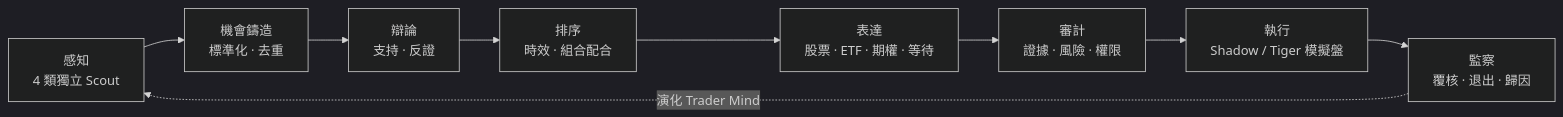
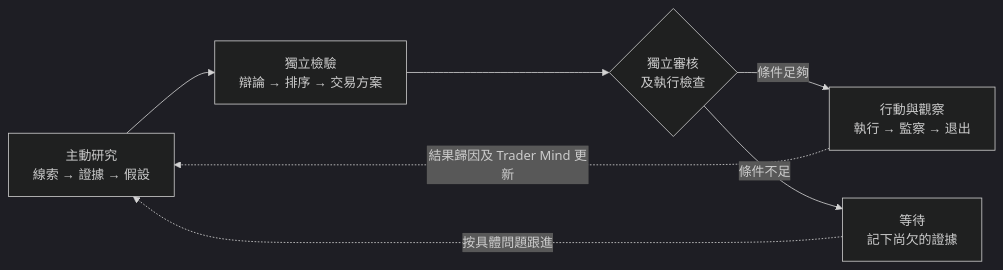
Before and after one commit to kyky2347/ALTA: the first of 2 diagrams in README.zh-HK.md, drawn with Mermaid (dark theme). The commit also changed other lines of this file and 29 other files, not shown here.

````diff
--- a/README.zh-HK.md
+++ b/README.zh-HK.md
@@ -52,11 +52,9 @@
 ```mermaid
 flowchart LR
-    S["感知<br/>4 類獨立 Scout"] --> F["機會鑄造<br/>標準化 · 去重"]
-    F --> D["辯論<br/>支持 · 反證"]
-    D --> R["排序<br/>時效 · 組合配合"]
-    R --> X["表達<br/>股票 · ETF · 期權 · 等待"]
-    X --> A["審計<br/>證據 · 風險 · 權限"]
-    A --> E["執行<br/>Shadow / Tiger 模擬盤"]
-    E --> M["監察<br/>覆核 · 退出 · 歸因"]
-    M -. "演化 Trader Mind" .-> S
+    R["主動研究<br/>線索 → 證據 → 假設"] --> J["獨立檢驗<br/>辯論 → 排序 → 交易方案"]
+    J --> G{"獨立審核<br/>及執行檢查"}
+    G -->|條件足夠| E["行動與觀察<br/>執行 → 監察 → 退出"]
+    G -->|條件不足| W["等待<br/>記下尚欠的證據"]
+    W -. "按具體問題跟進" .-> R
+    E -. "結果歸因及 Trader Mind 更新" .-> R
 ```
````
